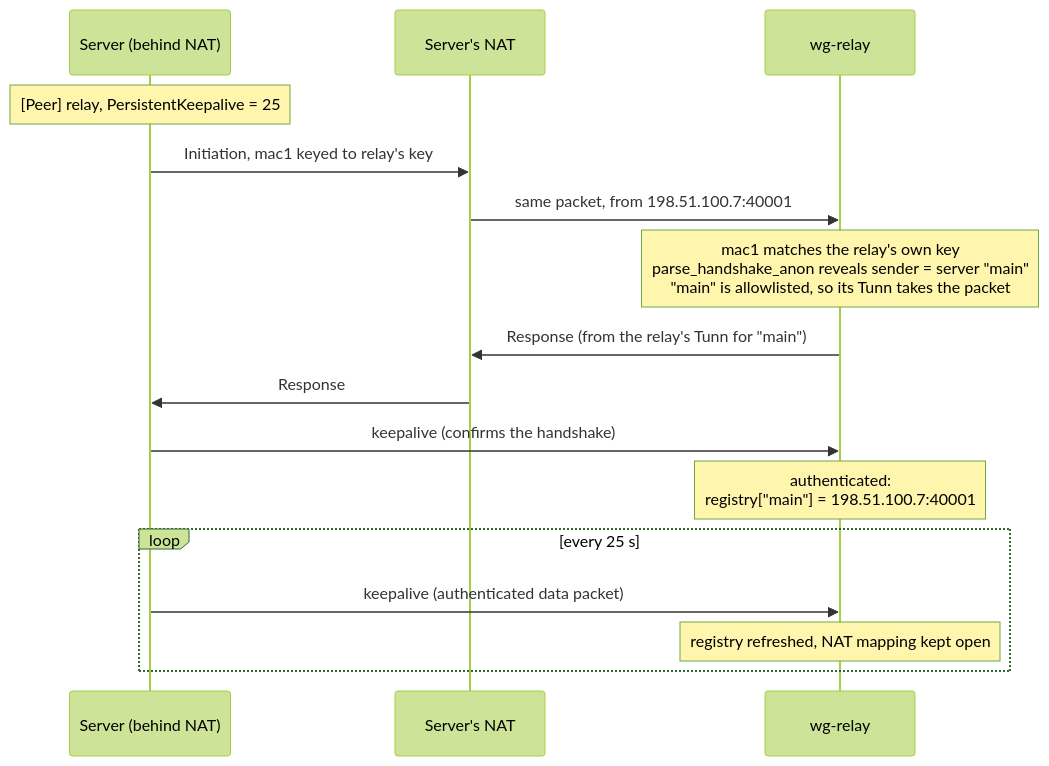
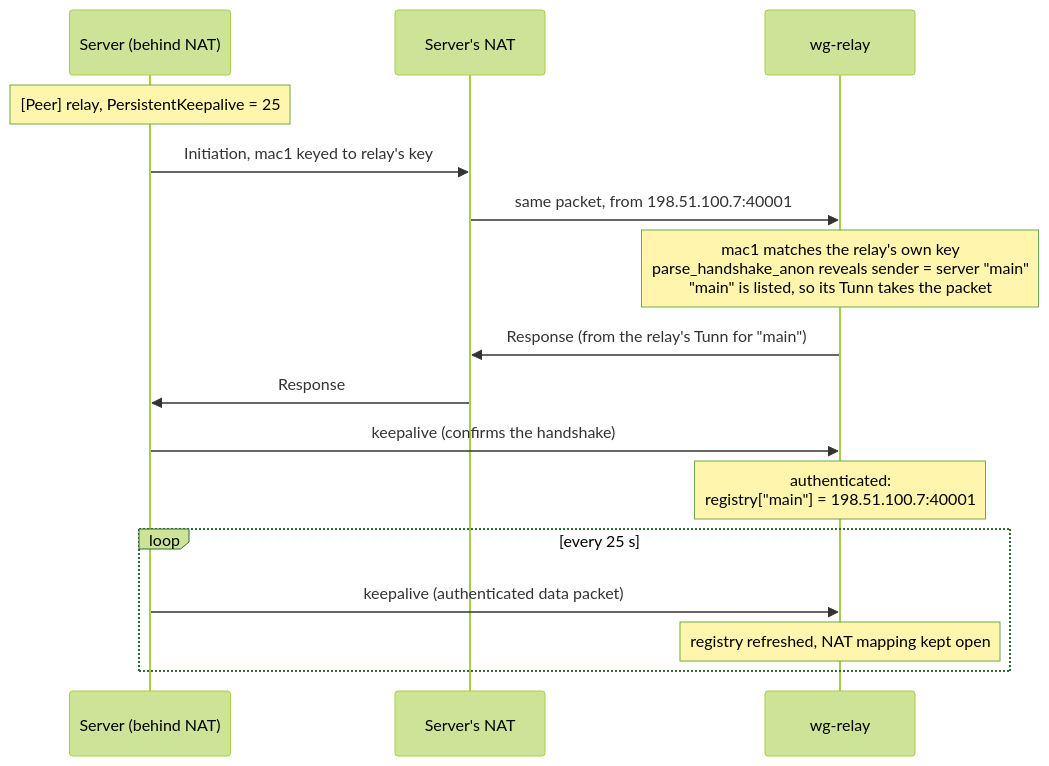
One commit to 3alpha/wg-relay changed the ninth of 22 diagrams in docs/how-it-works.md. Above: the diagram before and after it, drawn with Mermaid (forest theme). The commit also changed other lines of this file and 16 other files, not shown here.

````diff
--- a/docs/how-it-works.md
+++ b/docs/how-it-works.md
@@ -325,18 +324,18 @@
 ```mermaid
 sequenceDiagram
     participant S as Server (behind NAT)
     participant N as Server's NAT
     participant R as wg-relay
     Note over S: [Peer] relay, PersistentKeepalive = 25
     S->>N: Initiation, mac1 keyed to relay's key
     N->>R: same packet, from 198.51.100.7:40001
-    Note over R: mac1 matches the relay's own key<br/>parse_handshake_anon reveals sender = server "main"<br/>"main" is allowlisted, so its Tunn takes the packet
+    Note over R: mac1 matches the relay's own key<br/>parse_handshake_anon reveals sender = server "main"<br/>"main" is listed, so its Tunn takes the packet
     R->>N: Response (from the relay's Tunn for "main")
     N->>S: Response
     S->>R: keepalive (confirms the handshake)
     Note over R: authenticated:<br/>registry["main"] = 198.51.100.7:40001
     loop every 25 s
         S->>R: keepalive (authenticated data packet)
         Note over R: registry refreshed, NAT mapping kept open
     end
 ```
````
